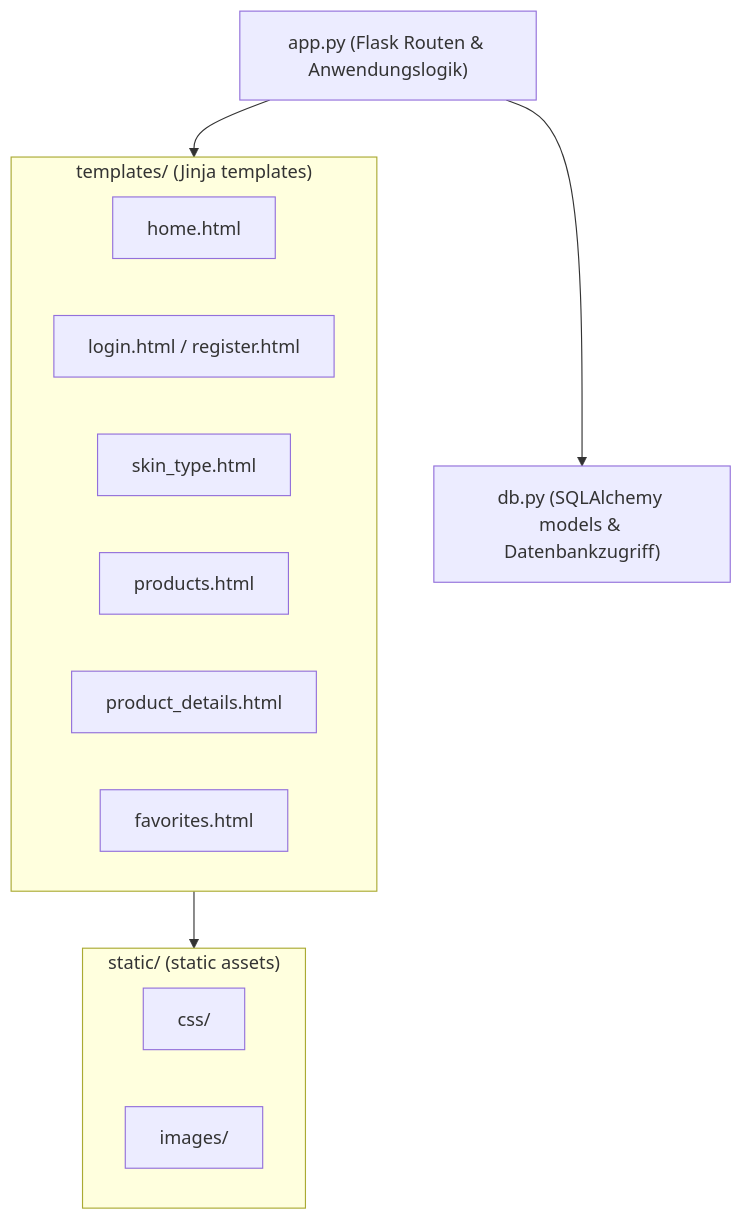
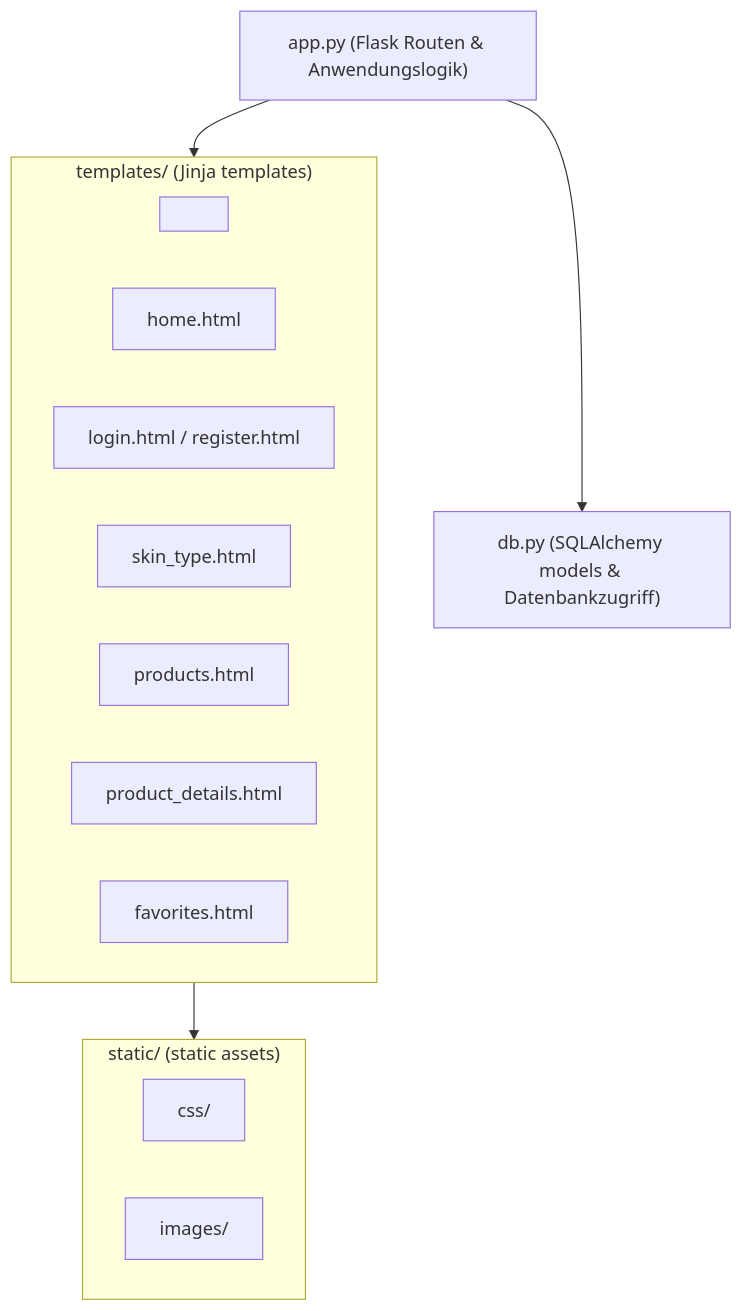
The diagram in docs/technical-docs/architecture.md (Tiberja/SkinSense), drawn with Mermaid before and after one commit.

````diff
--- a/docs/technical-docs/architecture.md
+++ b/docs/technical-docs/architecture.md
@@ -39,24 +39,24 @@
 ```mermaid
 graph TD
     app["app.py (Flask Routen & Anwendungslogik)"]
     db["db.py (SQLAlchemy models & Datenbankzugriff)"]
 
     subgraph Templates["templates/ (Jinja templates)"]
-
+      spacer[" "]
       t_home["home.html"]
       t_login["login.html / register.html"]
       t_skin["skin_type.html"]
       t_products["products.html"]
       t_details["product_details.html"]
       t_fav["favorites.html"]
     end
 
     subgraph Static["static/ (static assets)"]
       css["css/"]
       imgs["images/"]
     end
 
     app --> db
     app --> Templates
     Templates --> Static
 ```
````
